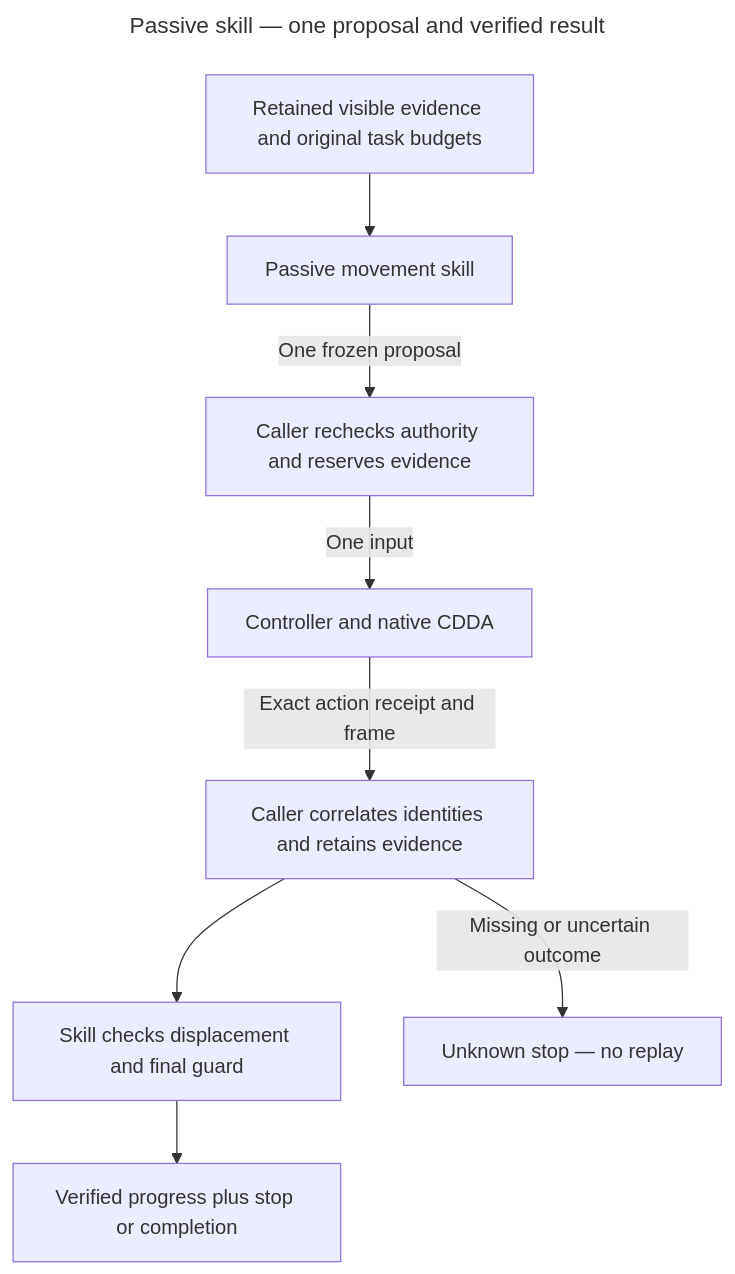
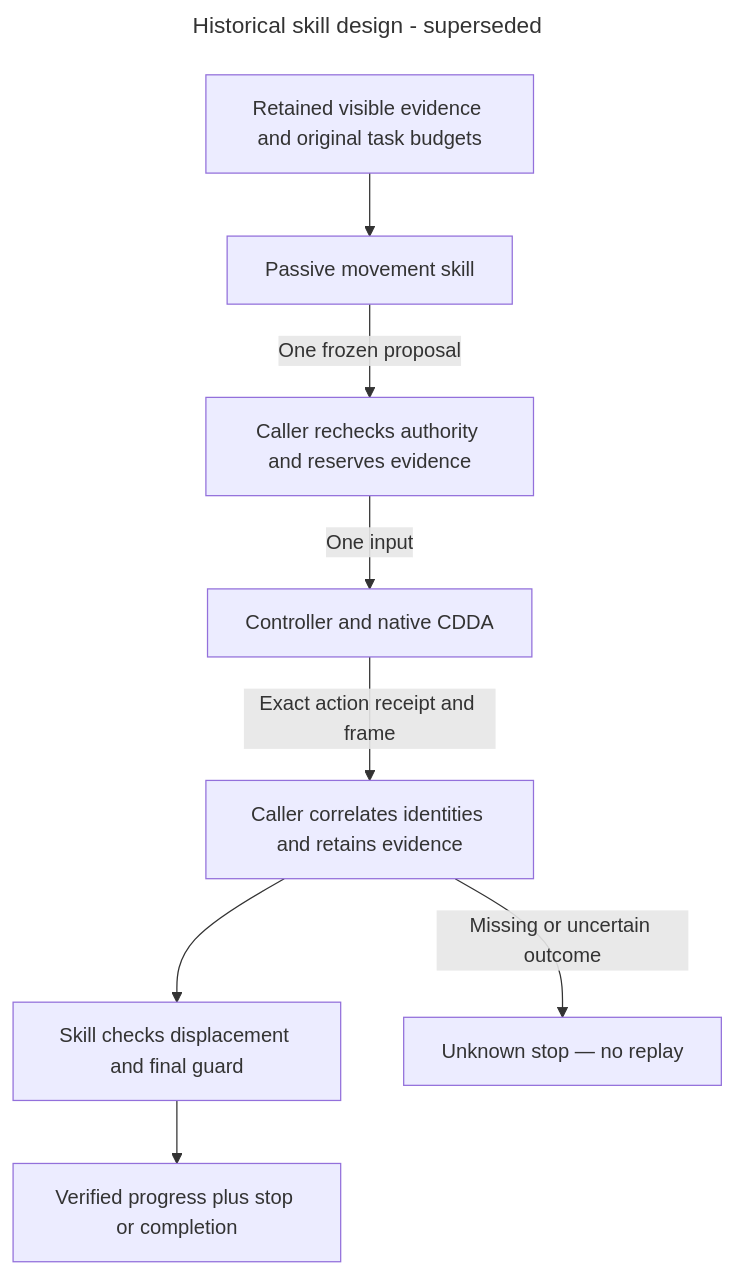
The diagram in docs/diagrams/skill.mmd (CVX-Hull/enactive), drawn with Mermaid before and after one commit. The commit also changed 382 other files, not shown here.

First line of the commit message:
Replace semantic harness with mechanical computer control (#289)

```diff
--- a/docs/diagrams/skill.mmd
+++ b/docs/diagrams/skill.mmd
@@ -1,13 +1,13 @@
 ---
-title: Passive skill — one proposal and verified result
+title: Historical skill design - superseded
 ---
 flowchart TD
-  accTitle: One bounded movement proposal and its evidence
-  accDescr: A passive skill checks retained visible evidence, settled route history and original budgets. A separate caller owns authority and dispatches one primitive. The exact correlated native result is retained and checked, producing cumulative verified progress and a stop or completion. Unknown results stop without replay. This skill does not dispatch or automatically resume.
+  accTitle: Historical design - One bounded movement proposal and its evidence
+  accDescr: Historical diagram retained for earlier reports and proposals. The current production replacement is the basic computer and player contract; these semantic components are not current runtime instructions. A passive skill checks retained visible evidence, settled route history and original budgets. A separate caller owns authority and dispatches one primitive. The exact correlated native result is retained and checked, producing cumulative verified progress and a stop or completion. Unknown results stop without replay. This skill does not dispatch or automatically resume.
   E[Retained visible evidence and original task budgets] --> S[Passive movement skill]
   S -->|One frozen proposal| C[Caller rechecks authority and reserves evidence]
   C -->|One input| N[Controller and native CDDA]
   N -->|Exact action receipt and frame| R[Caller correlates identities and retains evidence]
   R --> V[Skill checks displacement and final guard]
   V --> P[Verified progress plus stop or completion]
   R -->|Missing or uncertain outcome| U[Unknown stop — no replay]
```
